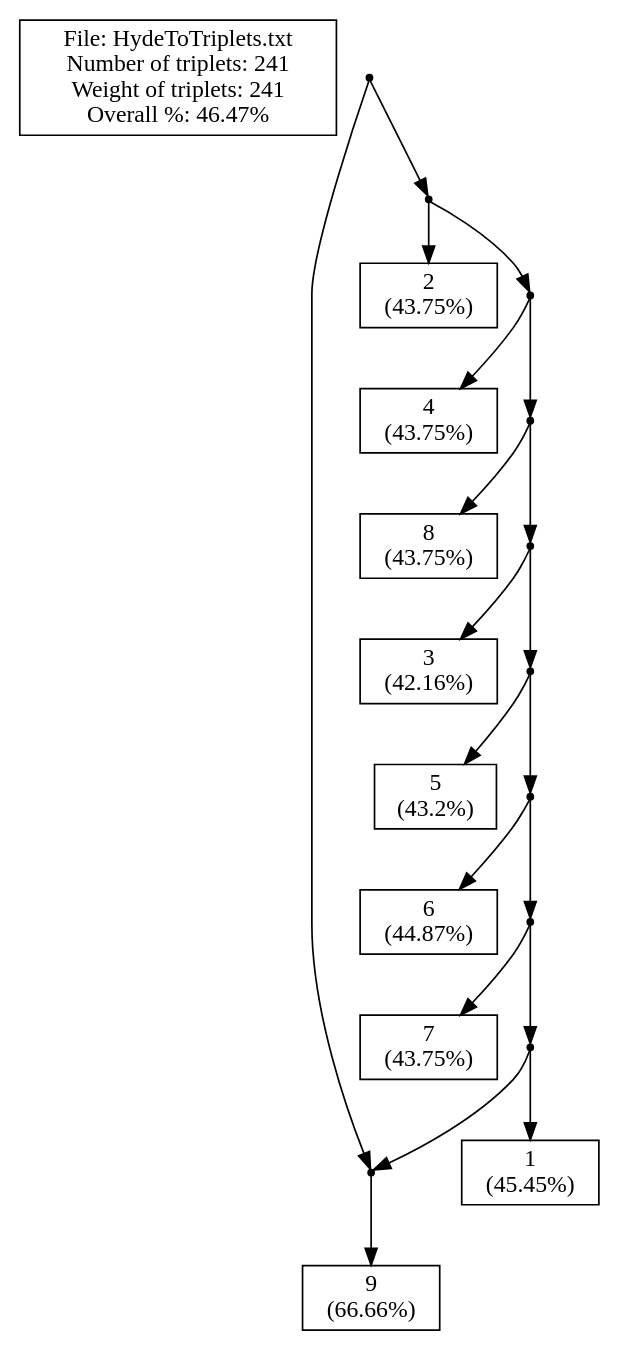
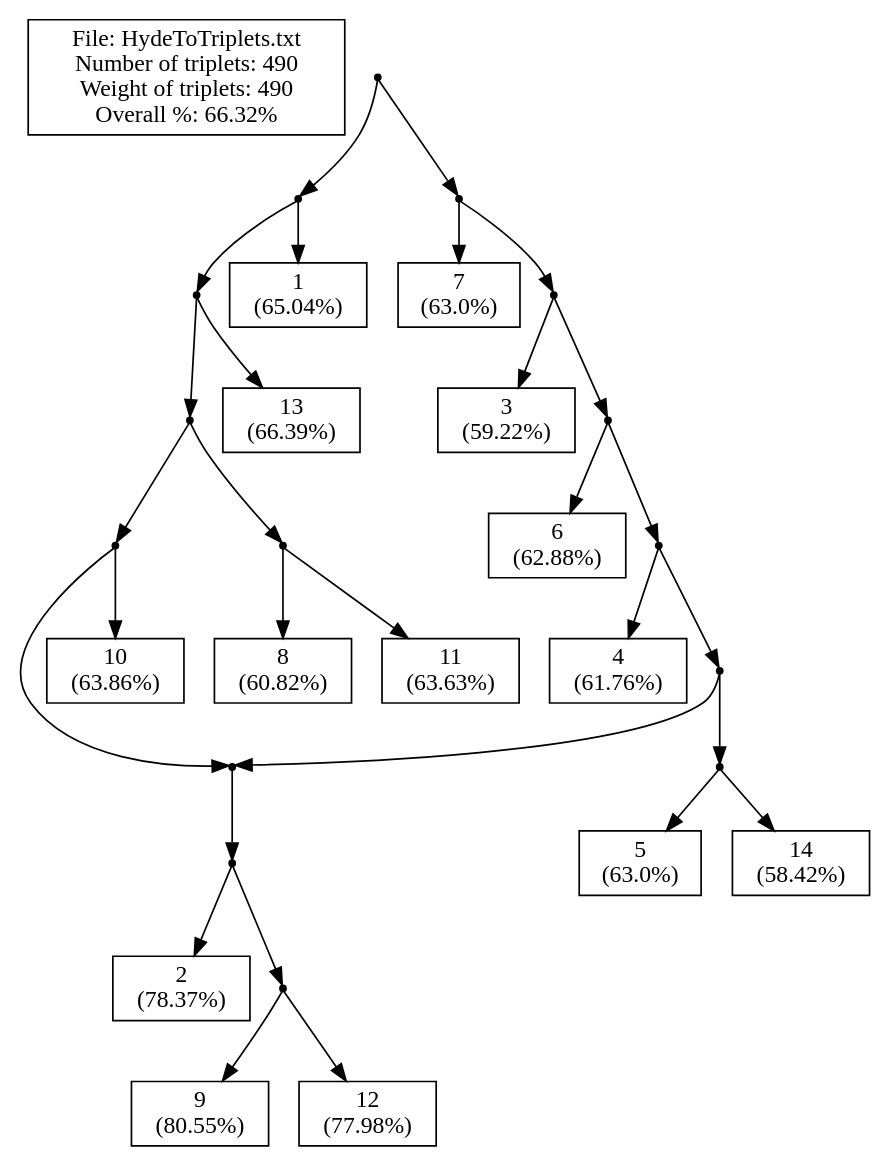
The diagram in src/Server/cExample1_m.dot (solislemuslab/phylo-knit), drawn with Graphviz before and after one commit. The commit also changed 6 other files, not shown here.

```diff
--- a/src/Server/cExample1_m.dot
+++ b/src/Server/cExample1_m.dot
@@ -1,66 +1,90 @@
 // LEV1ATHAN Version 1.0, 21 september 2009
 // COMMENT: Pre-processing the input file to count the leaves
-// COMMENT: Pre-processing showed that there are 9 leaves in the input.
-// SUMMARY: Input had 9 leaves.
+// COMMENT: Pre-processing showed that there are 14 leaves in the input.
+// SUMMARY: Input had 14 leaves.
 // USER-SETTING: Will *not* post-process output to collapse edges.
 // COMMENT: Triplet set is already dense.
-// SUMMARY: There are 241 triplets in the input.
-// SUMMARY: Total weight of input triplets is 241.
+// SUMMARY: There are 490 triplets in the input.
+// SUMMARY: Total weight of input triplets is 490.
 // SUMMARY: (Before post-processing)
-// SUMMARY: We got 112 units of triplet weight, that's 46.47% of total weight.
-// SUMMARY: In total 129 units of triplet weight were -not- consistent with the ouput network.
-// SUMMARY: Output network contained 0 triplets -not- in the original input.
-// SUMMARY: The symmetric difference is thus 129 + (1 * 0) = 129
+// SUMMARY: We got 325 units of triplet weight, that's 66.32% of total weight.
+// SUMMARY: In total 165 units of triplet weight were -not- consistent with the ouput network.
+// SUMMARY: Output network contained 198 triplets -not- in the original input.
+// SUMMARY: The symmetric difference is thus 165 + (1 * 198) = 363
 // SUMMARY: (After post-processing)
 strict digraph G1 {
 edge [fontsize=8]
-labelbox [shape=box, width=0.4, label="File: HydeToTriplets.txt\nNumber of triplets: 241\nWeight of triplets: 241\nOverall %: 46.47%"];
+labelbox [shape=box, width=0.4, label="File: HydeToTriplets.txt\nNumber of triplets: 490\nWeight of triplets: 490\nOverall %: 66.32%"];
 internal1000 [shape=point];
 internal1001 [shape=point];
-9 [shape=box, width=0.3, label="9\n(66.66%)"];
+internal1002 [shape=point];
 internal1003 [shape=point];
-2 [shape=box, width=0.3, label="2\n(43.75%)"];
+internal1004 [shape=point];
 internal1005 [shape=point];
-4 [shape=box, width=0.3, label="4\n(43.75%)"];
-internal1007 [shape=point];
-8 [shape=box, width=0.3, label="8\n(43.75%)"];
-internal1009 [shape=point];
-3 [shape=box, width=0.3, label="3\n(42.16%)"];
-internal1011 [shape=point];
-5 [shape=box, width=0.3, label="5\n(43.2%)"];
-internal1013 [shape=point];
-6 [shape=box, width=0.3, label="6\n(44.87%)"];
-internal1015 [shape=point];
-7 [shape=box, width=0.3, label="7\n(43.75%)"];
+internal1006 [shape=point];
+2 [shape=box, width=0.3, label="2\n(78.37%)"];
+internal1008 [shape=point];
+9 [shape=box, width=0.3, label="9\n(80.55%)"];
+12 [shape=box, width=0.3, label="12\n(77.98%)"];
+10 [shape=box, width=0.3, label="10\n(63.86%)"];
+internal1012 [shape=point];
+8 [shape=box, width=0.3, label="8\n(60.82%)"];
+11 [shape=box, width=0.3, label="11\n(63.63%)"];
+13 [shape=box, width=0.3, label="13\n(66.39%)"];
+1 [shape=box, width=0.3, label="1\n(65.04%)"];
 internal1017 [shape=point];
-1 [shape=box, width=0.3, label="1\n(45.45%)"];
+7 [shape=box, width=0.3, label="7\n(63.0%)"];
+internal1019 [shape=point];
+3 [shape=box, width=0.3, label="3\n(59.22%)"];
+internal1021 [shape=point];
+6 [shape=box, width=0.3, label="6\n(62.88%)"];
+internal1023 [shape=point];
+4 [shape=box, width=0.3, label="4\n(61.76%)"];
+internal1025 [shape=point];
+internal1026 [shape=point];
+5 [shape=box, width=0.3, label="5\n(63.0%)"];
+14 [shape=box, width=0.3, label="14\n(58.42%)"];
 internal1000 -> internal1001
-internal1000 -> internal1003
-internal1001 -> 9
-internal1003 -> 2
-internal1003 -> internal1005
-internal1005 -> 4
-internal1005 -> internal1007
-internal1007 -> 8
-internal1007 -> internal1009
-internal1009 -> 3
-internal1009 -> internal1011
-internal1011 -> 5
-internal1011 -> internal1013
-internal1013 -> 6
-internal1013 -> internal1015
-internal1015 -> 7
-internal1015 -> internal1017
-internal1017 -> 1
-internal1017 -> internal1001
-internal1001 -> 9
+internal1000 -> internal1017
+internal1001 -> internal1002
+internal1001 -> 1
+internal1002 -> internal1003
+internal1002 -> 13
+internal1003 -> internal1004
+internal1003 -> internal1012
+internal1004 -> internal1005
+internal1004 -> 10
+internal1005 -> internal1006
+internal1006 -> 2
+internal1006 -> internal1008
+internal1008 -> 9
+internal1008 -> 12
+internal1012 -> 8
+internal1012 -> 11
+internal1017 -> 7
+internal1017 -> internal1019
+internal1019 -> 3
+internal1019 -> internal1021
+internal1021 -> 6
+internal1021 -> internal1023
+internal1023 -> 4
+internal1023 -> internal1025
+internal1025 -> internal1026
+internal1025 -> internal1005
+internal1026 -> 5
+internal1026 -> 14
+internal1005 -> internal1006
+internal1006 -> 2
+internal1006 -> internal1008
+internal1008 -> 9
+internal1008 -> 12
 }
-// SUMMARY: eNewick output: ((9)#H1,(2,(4,(8,(3,(5,(6,(7,(1,#H1)))))))));
-// SUMMARY: In total 129 units of triplet weight were -not- consistent with the ouput network.
-// SUMMARY: Output network contained 0 triplets -not- in the original input.
+// SUMMARY: eNewick output: (((((((2,(9,12)))#H1,10),(8,11)),13),1),(7,(3,(6,(4,((5,14),#H1))))));
+// SUMMARY: In total 165 units of triplet weight were -not- consistent with the ouput network.
+// SUMMARY: Output network contained 198 triplets -not- in the original input.
 // SUMMARY: Weight of missing triplets before contraction minus weight of missing triplets afterwards: 0
 // SUMMARY: Number of surplus triplets before contraction minus number of surplus triplets afterwards: 0
-// CONCLUSION: After post-processing we got 112 units of triplet weight, that's 46.47% of total weight (before post-processing this was 46.47%).
-// CONCLUSION: After post-processing the symmetric difference is thus 129 + (1 * 0) = 129 (before post-processing this was 129)
-// STAT: PERCENTAGE = 46.47
-// STAT: NETWORK-TRIPLET SD = 129
+// CONCLUSION: After post-processing we got 325 units of triplet weight, that's 66.32% of total weight (before post-processing this was 66.32%).
+// CONCLUSION: After post-processing the symmetric difference is thus 165 + (1 * 198) = 363 (before post-processing this was 363)
+// STAT: PERCENTAGE = 66.32
+// STAT: NETWORK-TRIPLET SD = 363
```
